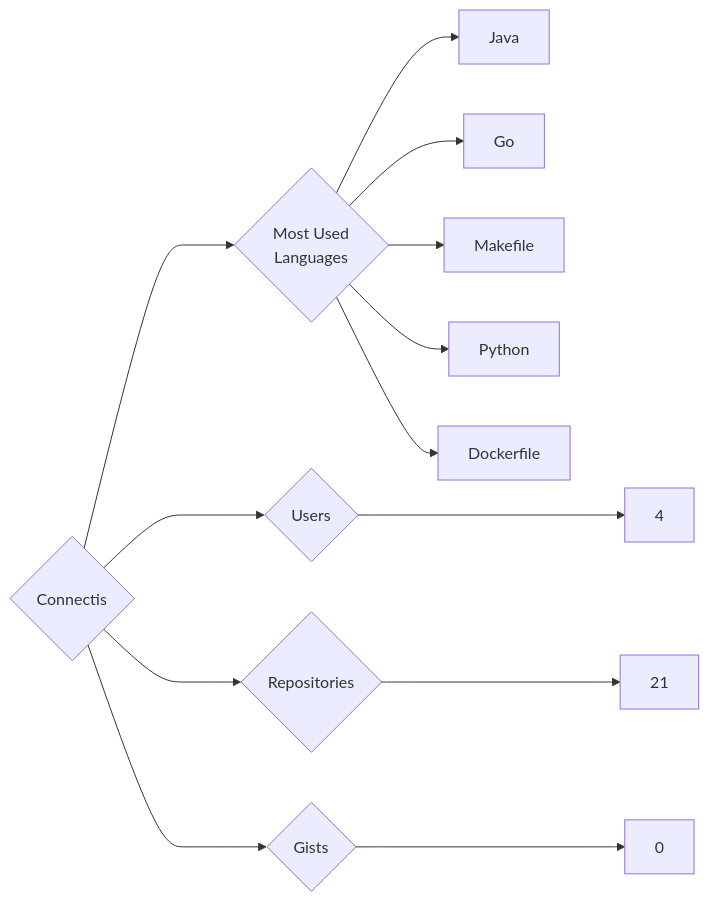
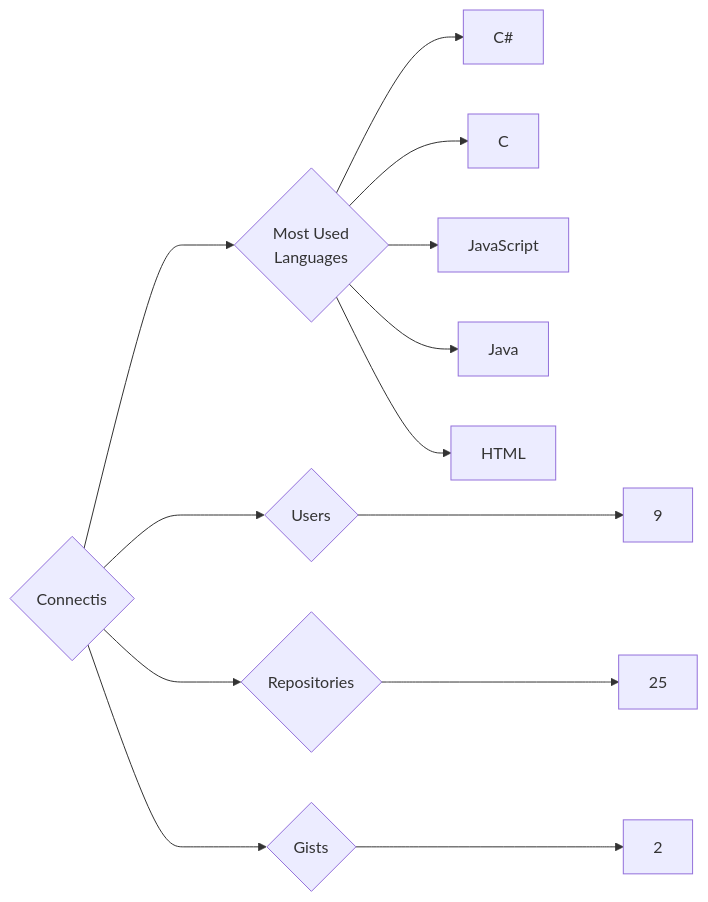
One commit to trickest/insiders changed the diagram in targets/Connectis/README.md. Above: the diagram before and after it, drawn with Mermaid. The commit also changed 951 other files, not shown here.

````diff
--- a/targets/Connectis/README.md
+++ b/targets/Connectis/README.md
@@ -3,13 +3,13 @@
 ```mermaid
 graph LR
 COMPANY_NAME{Connectis}
-COMPANY_NAME ---> U{Users} ---> UN[4]
-COMPANY_NAME ---> R{Repositories} ---> RN[21]
-COMPANY_NAME ---> G{Gists} ---> GN[0]
+COMPANY_NAME ---> U{Users} ---> UN[9]
+COMPANY_NAME ---> R{Repositories} ---> RN[25]
+COMPANY_NAME ---> G{Gists} ---> GN[2]
 COMPANY_NAME ---> ML{Most Used<br>Languages}
-ML --> Java
-ML --> Go
-ML --> Makefile
-ML --> Python
-ML --> Dockerfile
+ML --> C#[C#]
+ML --> C[C]
+ML --> JavaScript[JavaScript]
+ML --> Java[Java]
+ML --> HTML[HTML]
 ```
````
